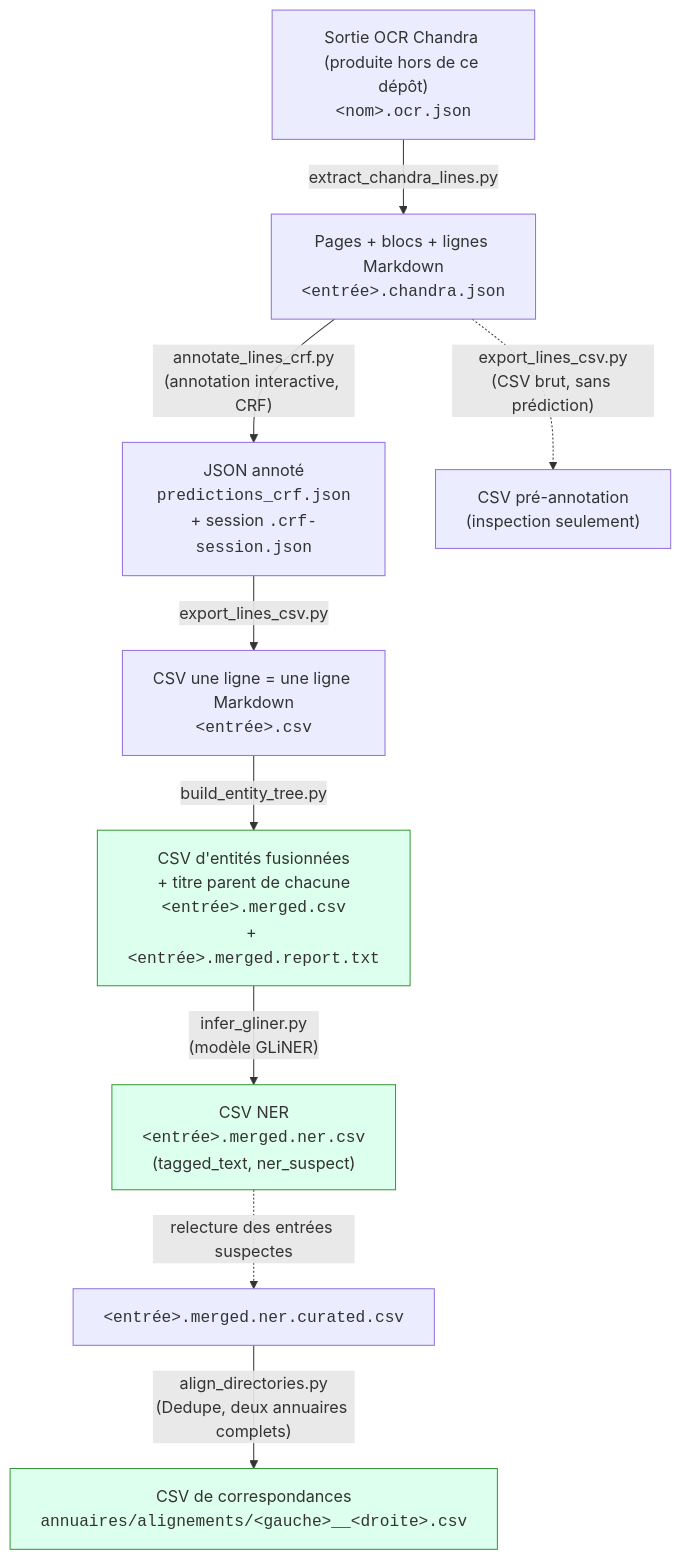
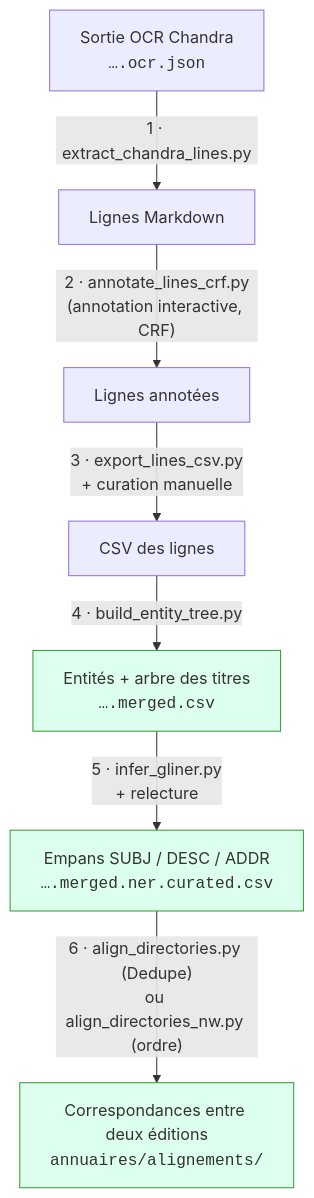
One commit to HueyNemud/adresses_revolutionnaires changed the diagram in README.md. Above: the diagram before and after it, drawn with Mermaid. The commit also changed other lines of this file and 3 other files, not shown here.

````diff
--- a/README.md
+++ b/README.md
@@ -31,17 +31,14 @@
 ```mermaid
 flowchart TD
-    B["Sortie OCR Chandra (produite hors de ce dépôt)<br/><code>&lt;nom&gt;.ocr.json</code>"]
-    B -->|"extract_chandra_lines.py"| C["Pages + blocs + lignes Markdown<br/><code>&lt;entrée&gt;.chandra.json</code>"]
-    C -->|"annotate_lines_crf.py<br/>(annotation interactive, CRF)"| D["JSON annoté<br/><code>predictions_crf.json</code><br/>+ session <code>.crf-session.json</code>"]
-    D -->|"export_lines_csv.py"| E["CSV une ligne = une ligne Markdown<br/><code>&lt;entrée&gt;.csv</code>"]
-    E -->|"build_entity_tree.py"| F["CSV d'entités fusionnées<br/>+ titre parent de chacune<br/><code>&lt;entrée&gt;.merged.csv</code><br/>+ <code>&lt;entrée&gt;.merged.report.txt</code>"]
-    F -->|"infer_gliner.py<br/>(modèle GLiNER)"| H["CSV NER<br/><code>&lt;entrée&gt;.merged.ner.csv</code><br/>(tagged_text, ner_suspect)"]
-    H -.->|"relecture des entrées suspectes"| H2["<code>&lt;entrée&gt;.merged.ner.curated.csv</code>"]
-    H2 -->|"align_directories.py<br/>(Dedupe, deux annuaires complets)"| I["CSV de correspondances<br/><code>annuaires/alignements/&lt;gauche&gt;__&lt;droite&gt;.csv</code>"]
+    A["Sortie OCR Chandra<br/><code>….ocr.json</code>"]
+    A -->|"1 · extract_chandra_lines.py"| B["Lignes Markdown"]
+    B -->|"2 · annotate_lines_crf.py<br/>(annotation interactive, CRF)"| C["Lignes annotées"]
+    C -->|"3 · export_lines_csv.py<br/>+ curation manuelle"| D["CSV des lignes"]
+    D -->|"4 · build_entity_tree.py"| E["Entités + arbre des titres<br/><code>….merged.csv</code>"]
+    E -->|"5 · infer_gliner.py<br/>+ relecture"| F["Empans SUBJ / DESC / ADDR<br/><code>….merged.ner.curated.csv</code>"]
+    F -->|"6 · align_directories.py (Dedupe)<br/>ou align_directories_nw.py (ordre)"| G["Correspondances entre deux éditions<br/><code>annuaires/alignements/</code>"]
 
-    C -.->|"export_lines_csv.py<br/>(CSV brut, sans prédiction)"| E2["CSV pré-annotation<br/>(inspection seulement)"]
-
+    style E fill:#dfe,stroke:#393
     style F fill:#dfe,stroke:#393
-    style H fill:#dfe,stroke:#393
-    style I fill:#dfe,stroke:#393
+    style G fill:#dfe,stroke:#393
 ```
````
